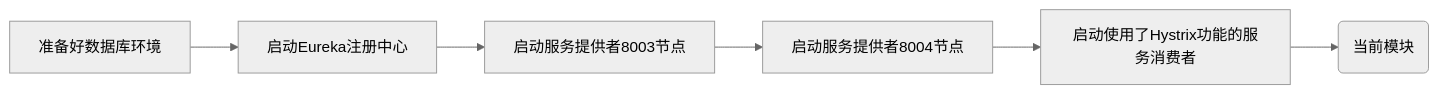
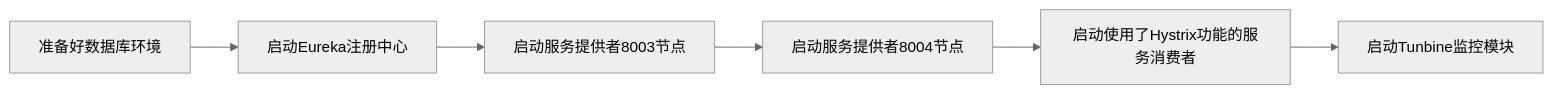
One commit to lingwh1995/books changed diagram 13 of 14 in backend/springcloud/springcloud-eureka/springcloud-eureka.md. Above: the diagram before and after it, drawn with Mermaid (neutral theme). The commit also changed other lines of this file, not shown here.

````diff
--- a/backend/springcloud/springcloud-eureka/springcloud-eureka.md
+++ b/backend/springcloud/springcloud-eureka/springcloud-eureka.md
@@ -1500,8 +1500,8 @@
 ```mermaid
 flowchart LR
     准备好数据库环境-->启动Eureka注册中心
     启动Eureka注册中心-->启动服务提供者8003节点
     启动服务提供者8003节点-->启动服务提供者8004节点
     启动服务提供者8004节点-->启动使用了Hystrix功能的服务消费者
-    启动使用了Hystrix功能的服务消费者-->启动Tunbine模块(当前模块)
+    启动使用了Hystrix功能的服务消费者-->启动Tunbine监控模块
 ```
````
